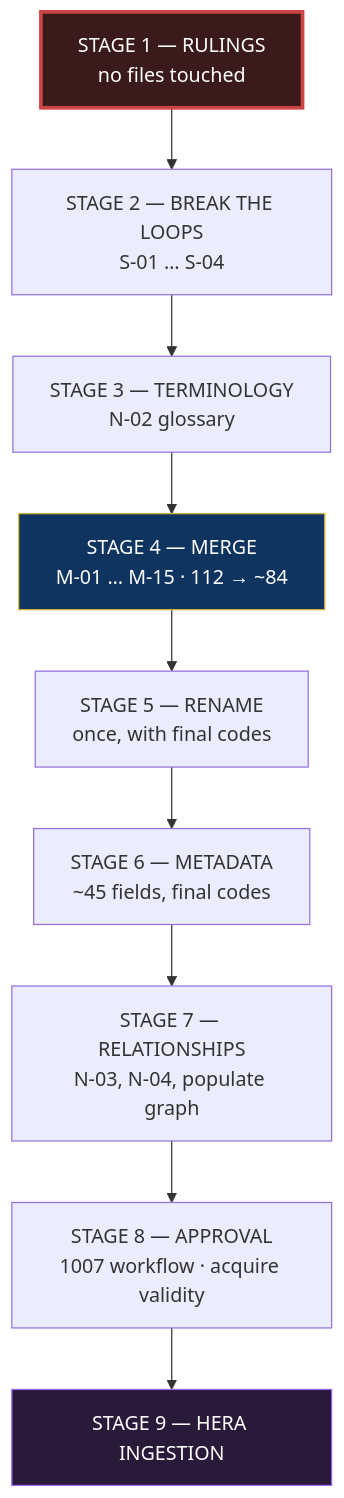
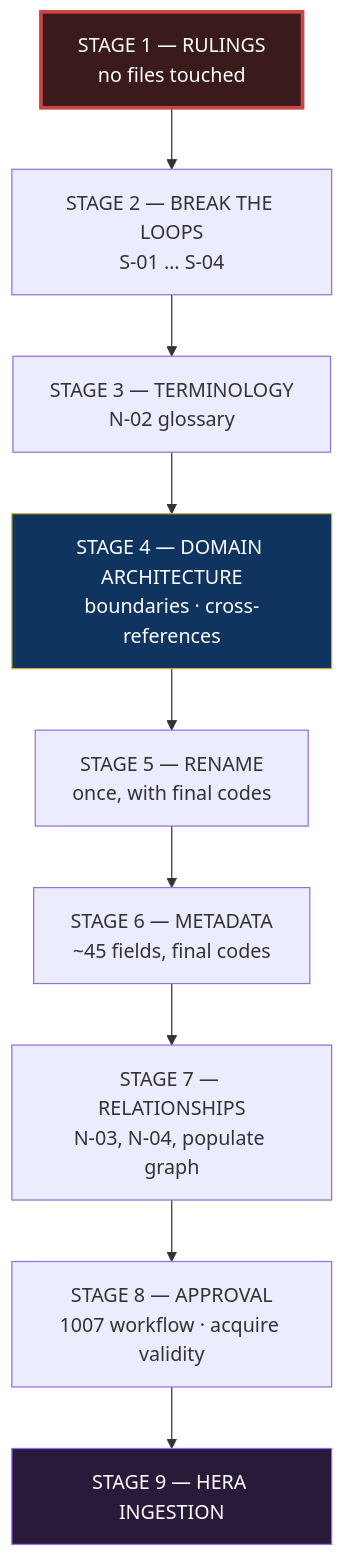
Before and after one commit to ercotan/alborada-foundation: the fourth of 5 diagrams in DOCUMENTATION_NORMALIZATION_PLAN.md, drawn with Mermaid. The commit also changed other lines of this file, not shown here.

First line of the commit message:
docs: replace Stage 4 merge strategy with Domain Architecture

````diff
--- a/DOCUMENTATION_NORMALIZATION_PLAN.md
+++ b/DOCUMENTATION_NORMALIZATION_PLAN.md
@@ -557,18 +658,18 @@
 ```mermaid
 graph TD
     S1["STAGE 1 — RULINGS<br/>no files touched"]
     S2["STAGE 2 — BREAK THE LOOPS<br/>S-01 … S-04"]
     S3["STAGE 3 — TERMINOLOGY<br/>N-02 glossary"]
-    S4["STAGE 4 — MERGE<br/>M-01 … M-15 · 112 → ~84"]
+    S4["STAGE 4 — DOMAIN ARCHITECTURE<br/>boundaries · cross-references"]
     S5["STAGE 5 — RENAME<br/>once, with final codes"]
     S6["STAGE 6 — METADATA<br/>~45 fields, final codes"]
     S7["STAGE 7 — RELATIONSHIPS<br/>N-03, N-04, populate graph"]
     S8["STAGE 8 — APPROVAL<br/>1007 workflow · acquire validity"]
     S9["STAGE 9 — HERA INGESTION"]
 
     S1 --> S2 --> S3 --> S4 --> S5 --> S6 --> S7 --> S8 --> S9
 
     style S1 fill:#3a1a1a,stroke:#c44,color:#fff,stroke-width:3px
     style S4 fill:#0f3460,stroke:#d4af37,color:#fff
     style S9 fill:#2a1a3a,stroke:#96f,color:#fff
 ```
````
